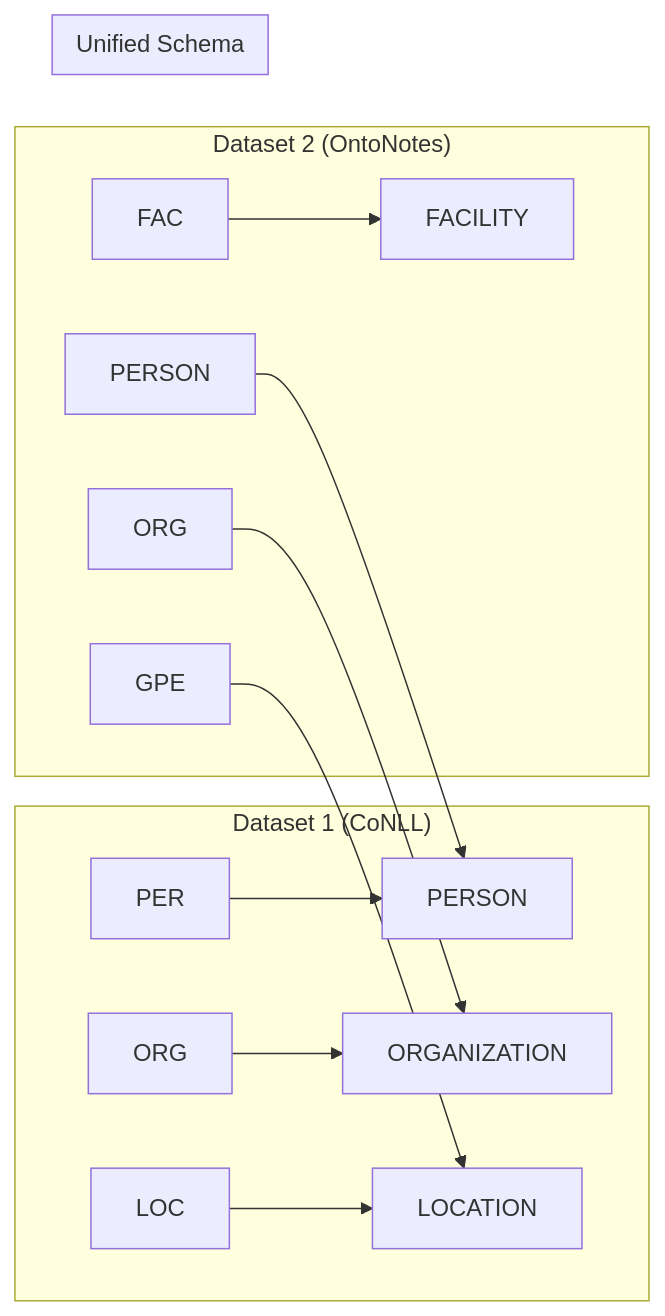
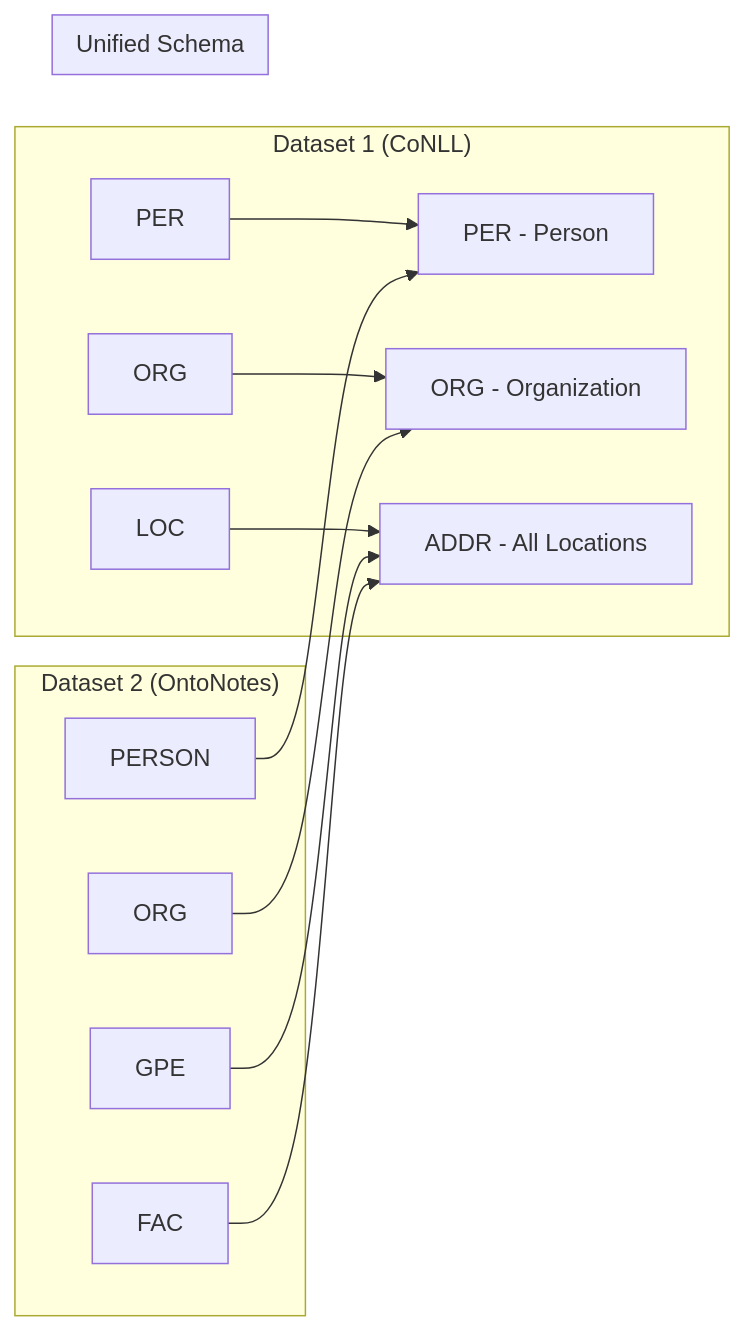
Before and after one commit to nevedomski/mistral_ner: the diagram in docs/user-guide/datasets.md, drawn with Mermaid. The commit also changed other lines of this file and 30 other files, not shown here.

````diff
--- a/docs/user-guide/datasets.md
+++ b/docs/user-guide/datasets.md
@@ -381,22 +448,21 @@
 ```mermaid
 graph LR
     subgraph "Dataset 1 (CoNLL)"
-        A1[PER] --> U1[PERSON]
-        A2[ORG] --> U2[ORGANIZATION]
-        A3[LOC] --> U3[LOCATION]
+        A1[PER] --> U1[PER]
+        A2[ORG] --> U2[ORG]
+        A3[LOC] --> U3[ADDR]
     end
     
     subgraph "Dataset 2 (OntoNotes)"
         B1[PERSON] --> U1
         B2[ORG] --> U2
         B3[GPE] --> U3
-        B4[FAC] --> U4[FACILITY]
+        B4[FAC] --> U3
     end
     
     subgraph "Unified Schema"
-        U1
-        U2
-        U3
-        U4
+        U1[PER - Person]
+        U2[ORG - Organization]
+        U3[ADDR - All Locations]
     end
 ```
````
